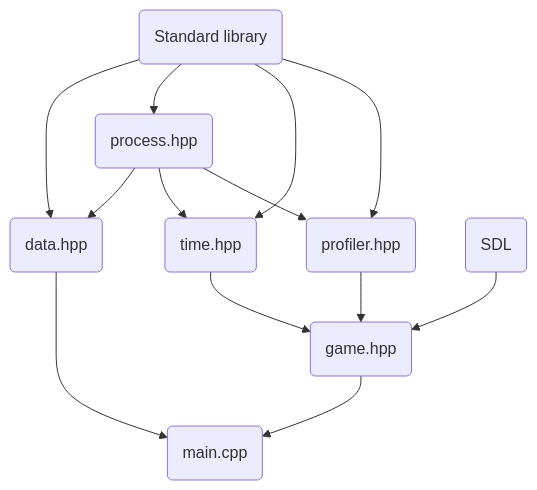
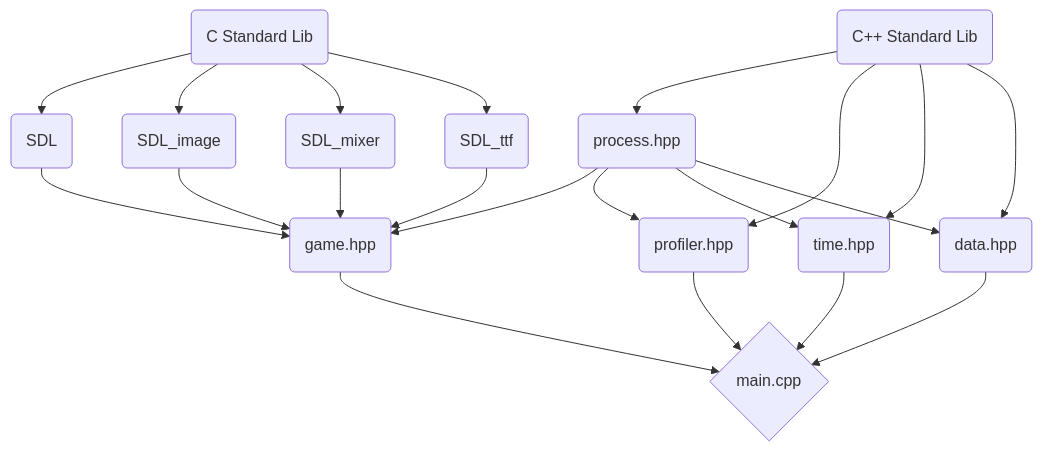
One commit to sibjor/ParkourRunner changed the diagram in README.md. Above: the diagram before and after it, drawn with Mermaid. The commit also changed 1 other file, not shown here.

Commit message:
Finished mermaid and added submodules

````diff
--- a/README.md
+++ b/README.md
@@ -11,13 +11,31 @@
 ```mermaid
 flowchart TD
-    A(Standard library) --> B(data.hpp) --> H(main.cpp)
-    A --> C(process.hpp)
-    A --> E(time.hpp) --> G
-    A --> F(profiler.hpp) --> G
-    C --> B
-    C --> E
-    C --> F
-    D(SDL) --> G(game.hpp) --> H
-    
+    A(C Standard Lib)
+    B(C++ Standard Lib)
+    C(SDL)
+    D(SDL_image)
+    E(SDL_mixer)
+    F(SDL_ttf)
+    G(process.hpp)
+    H(profiler.hpp)
+    I(time.hpp)
+    J(data.hpp)
+    K(game.hpp)
+    L{main.cpp}
+
+    A --> C --> K
+    A --> D --> K
+    A --> E --> K
+    A --> F --> K
+
+    B --> G 
+    B --> H 
+    B --> I 
+    B --> J 
+
+    G --> K --> L 
+    G --> H --> L 
+    G --> I --> L 
+    G --> J --> L
     
 ```
````
